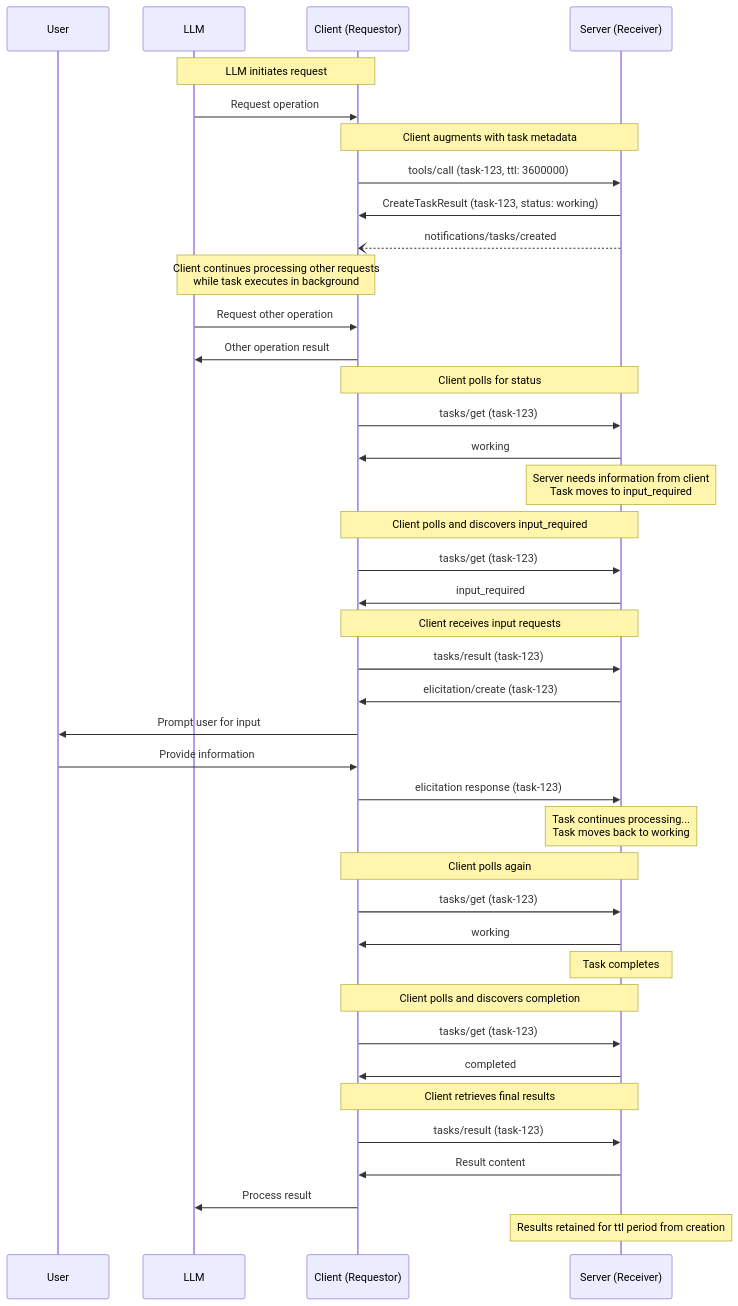
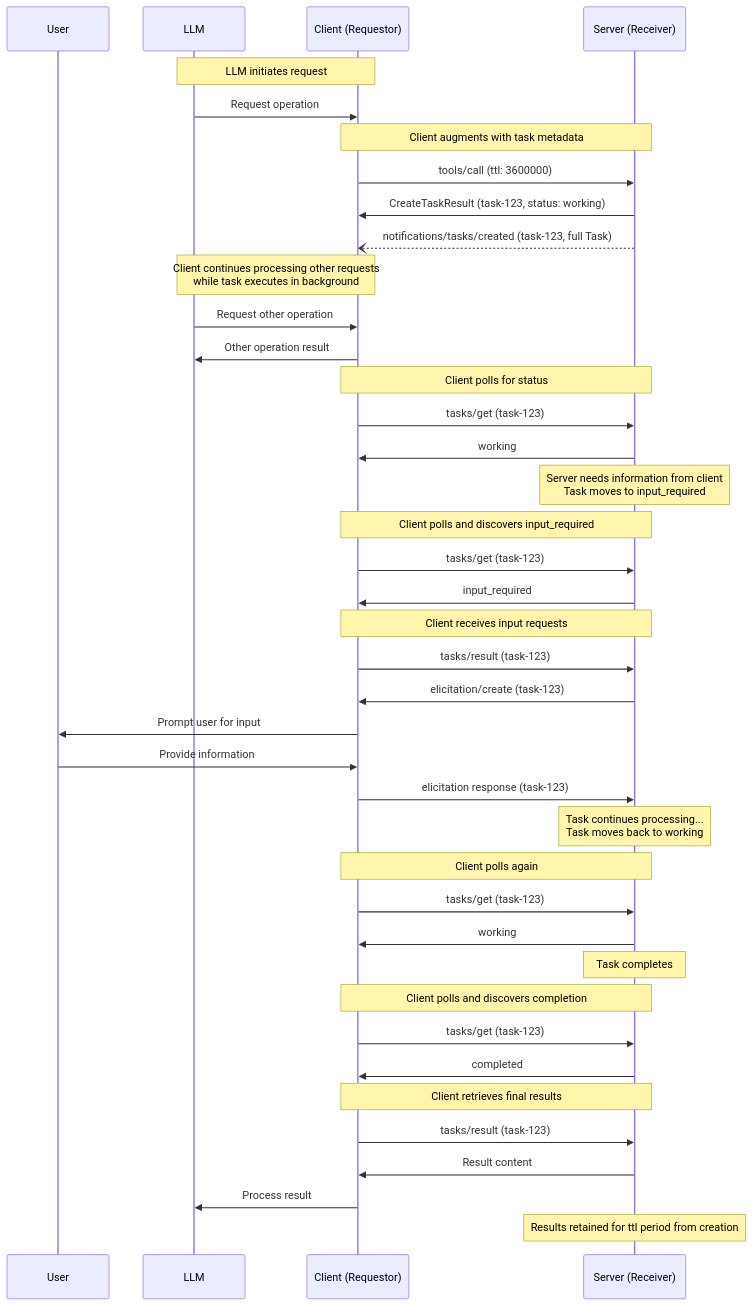
Before and after one commit to scottslewis/modelcontextprotocol: the third of 5 diagrams in docs/specification/draft/basic/utilities/tasks.mdx, drawn with Mermaid. The commit also changed other lines of this file and 3 other files, not shown here.

Commit message:
Make notifications include full task info

````diff
--- a/docs/specification/draft/basic/utilities/tasks.mdx
+++ b/docs/specification/draft/basic/utilities/tasks.mdx
@@ -482,55 +492,55 @@
 ```mermaid
 sequenceDiagram
     participant U as User
     participant LLM
     participant C as Client (Requestor)
     participant S as Server (Receiver)
 
     Note over LLM,C: LLM initiates request
     LLM->>C: Request operation
 
     Note over C,S: Client augments with task metadata
-    C->>S: tools/call (task-123, ttl: 3600000)
+    C->>S: tools/call (ttl: 3600000)
     S->>C: CreateTaskResult (task-123, status: working)
-    S--)C: notifications/tasks/created
+    S--)C: notifications/tasks/created (task-123, full Task)
 
     Note over LLM,C: Client continues processing other requests<br/>while task executes in background
     LLM->>C: Request other operation
     C->>LLM: Other operation result
 
     Note over C,S: Client polls for status
     C->>S: tasks/get (task-123)
     S->>C: working
 
     Note over S: Server needs information from client<br/>Task moves to input_required
 
     Note over C,S: Client polls and discovers input_required
     C->>S: tasks/get (task-123)
     S->>C: input_required
 
     Note over C,S: Client receives input requests
     C->>S: tasks/result (task-123)
     S->>C: elicitation/create (task-123)
     C->>U: Prompt user for input
     U->>C: Provide information
     C->>S: elicitation response (task-123)
 
     Note over S: Task continues processing...<br/>Task moves back to working
 
     Note over C,S: Client polls again
     C->>S: tasks/get (task-123)
     S->>C: working
 
     Note over S: Task completes
 
     Note over C,S: Client polls and discovers completion
     C->>S: tasks/get (task-123)
     S->>C: completed
 
     Note over C,S: Client retrieves final results
     C->>S: tasks/result (task-123)
     S->>C: Result content
     C->>LLM: Process result
 
     Note over S: Results retained for ttl period from creation
 ```
````
